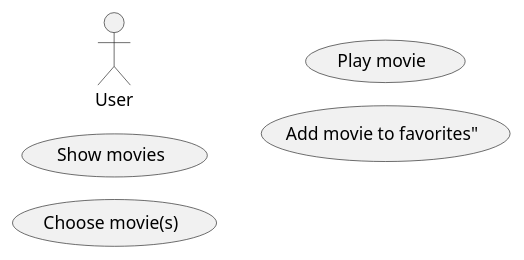
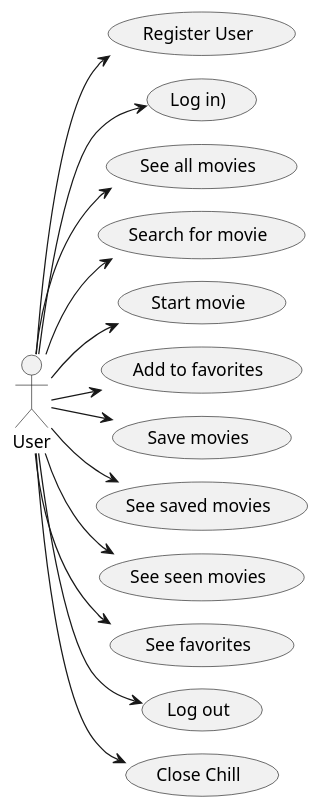
The diagram in src/UseCases.v0.puml (LauraRaun/Sp3Chill), drawn with PlantUML before and after one commit. The commit also changed 1 other file, not shown here.

Commit message:
Ændringer i classediagram og usecases

```diff
--- a/src/UseCases.v0.puml
+++ b/src/UseCases.v0.puml
@@ -1,16 +1,38 @@
 @startuml
 'https://plantuml.com/use-case-diagram
 !pragma layout smetana
 
 left to right direction
 
 actor "User" as U
 
 
-  usecase "Show movies" as UC1
-  usecase "Choose movie(s)" as UC2
-  usecase "Play movie" as UC3
-  usecase "Add movie to favorites"" as UC4
+  usecase "Register User" as UC1
+  usecase "Log in)" as UC2
+  usecase "See all movies" as UC3
+  usecase "Search for movie" as UC4
+  usecase "Start movie" as UC5
+  usecase "Add to favorites" as UC6
+  usecase "Save movies" as UC7
+  usecase "See saved movies" as UC8
+  usecase "See seen movies" as UC9
+  usecase "See favorites" as UC10
+  usecase "Log out" as UC11
+  usecase "Close Chill" as UC12
+
+  U-->UC1
+  U-->UC2
+  U-->UC3
+  U-->UC4
+  U-->UC5
+  U-->UC6
+  U-->UC7
+  U-->UC8
+  U-->UC9
+  U-->UC10
+  U-->UC11
+  U-->UC12
+
 
 
 @enduml
```
